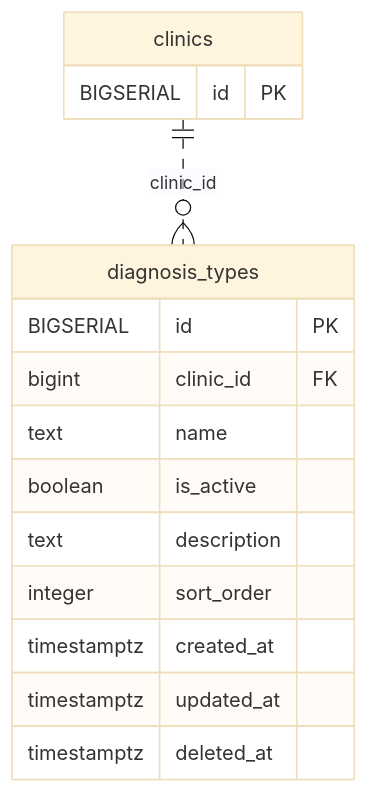
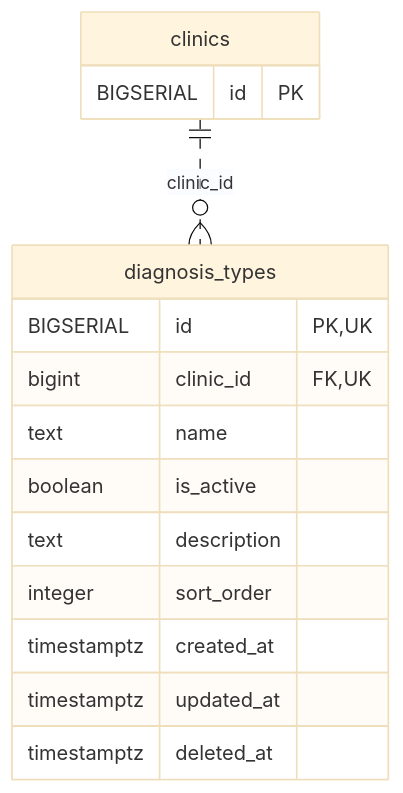
The diagram in docs/architecture/erd-detail/diagnosis_types.md (MinoruSoga/AnimalEkarte), drawn with Mermaid (base theme) before and after one commit. The commit also changed other lines of this file and 147 other files, not shown here.

````diff
--- a/docs/architecture/erd-detail/diagnosis_types.md
+++ b/docs/architecture/erd-detail/diagnosis_types.md
@@ -32,18 +32,18 @@
 ```mermaid
 erDiagram
     diagnosis_types {
-        BIGSERIAL id PK
-        bigint clinic_id FK
+        BIGSERIAL id PK,UK
+        bigint clinic_id FK,UK
         text name
         boolean is_active
         text description
         integer sort_order
         timestamptz created_at
         timestamptz updated_at
         timestamptz deleted_at
     }
     clinics {
         BIGSERIAL id PK
     }
     clinics ||..o{ diagnosis_types : "clinic_id"
 ```
````
